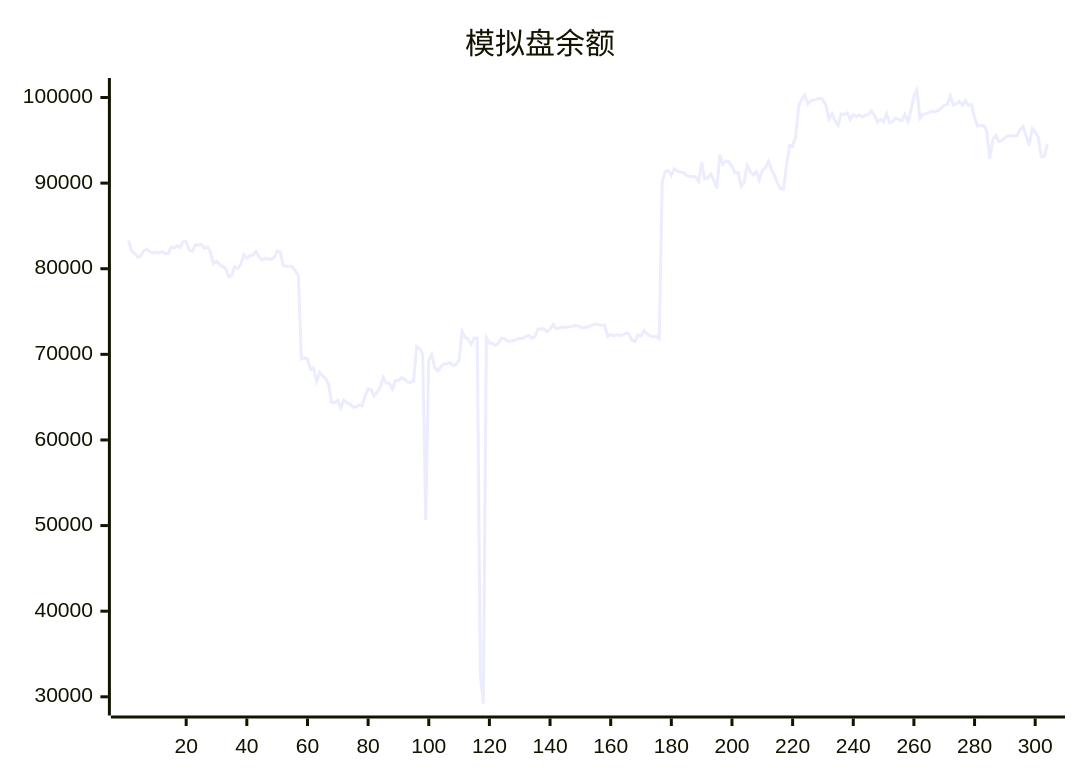
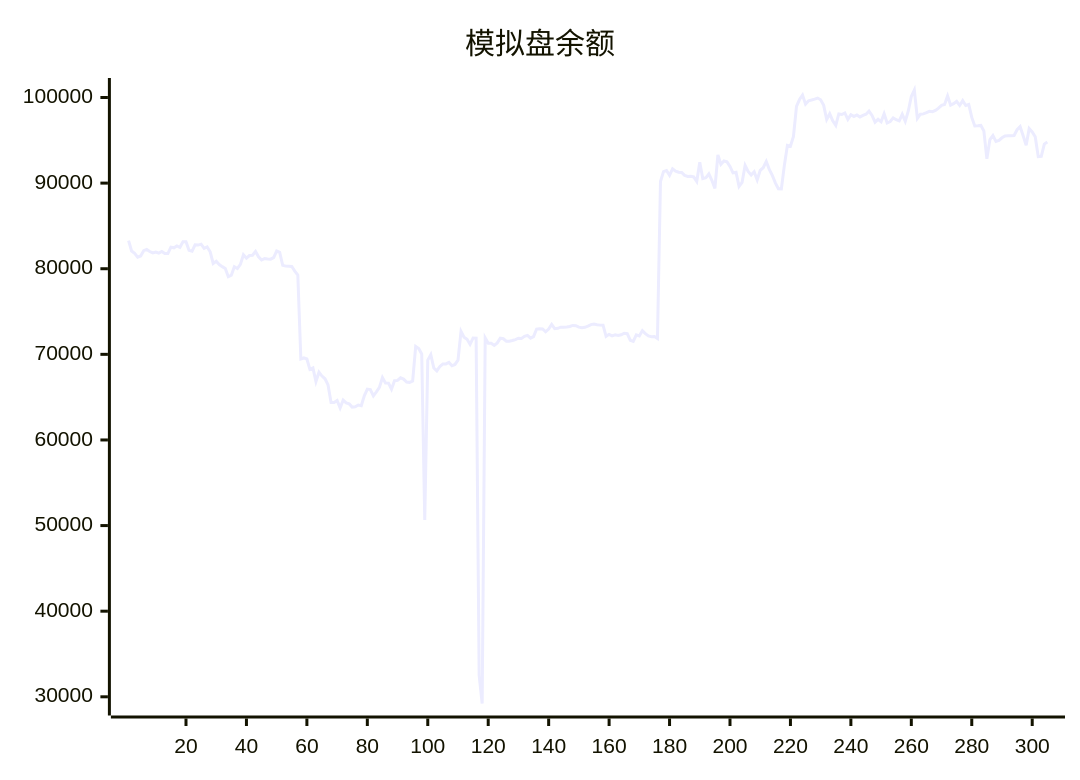
The diagram in README.md (aahl/ai-trading), drawn with Mermaid before and after one commit. The commit also changed other lines of this file and 1 other file, not shown here.

````diff
--- a/README.md
+++ b/README.md
@@ -5,5 +5,5 @@
 ```mermaid
 xychart
     title "模拟盘余额"
-    line [83275,82072,81806,81344,81492,82109,82254,82006,81848,81955,81829,82022,81769,81776,82522,82441,82656,82498,83144,83144,82150,82038,82797,82763,82872,82367,82536,81981,80612,80862,80484,80242,80034,79063,79245,80226,80016,80507,81625,81233,81544,81578,82016,81401,81019,81186,81130,81118,81306,82066,81909,80392,80304,80291,80258,79729,79261,69466,69579,69456,68251,68415,66832,67911,67462,67144,66432,64380,64375,64606,63740,64647,64324,64216,63842,63877,64078,64008,65156,65945,65888,65157,65625,66144,67284,66653,66639,65924,66925,66956,67263,67108,66766,66729,66886,70927,70673,70049,50652,69334,69973,68400,68061,68578,68876,68879,69055,68662,68822,69329,72687,71999,71760,71162,71911,71896,32500,29218,71927,71297,71305,71044,71337,71883,71822,71536,71536,71622,71723,71880,71860,72100,72216,71887,72077,72940,72976,72966,72638,72948,73497,73004,73041,73173,73160,73186,73258,73375,73351,73173,73098,73161,73305,73474,73536,73457,73413,73412,72100,72333,72164,72272,72204,72285,72461,72421,71652,71521,72267,72157,72774,72424,72144,72060,72091,71858,90185,91338,91466,90900,91678,91404,91268,91244,90903,90779,90787,90721,90187,92429,90518,90619,91070,90328,89376,93286,92202,92581,92485,91947,91196,91259,89619,90086,92063,91355,90950,91327,90373,91498,91800,92531,91603,90910,90031,89351,89334,92097,94406,94315,95455,98972,99763,100286,99229,99622,99701,99805,99938,99738,99082,97430,98094,97267,96741,98081,98013,98194,97447,97983,97789,97969,97729,97911,98043,98405,97912,97120,97448,97154,98095,97021,97190,97616,97402,97263,98035,97210,98424,100120,100876,97552,98049,98085,98228,98388,98342,98488,98750,99086,99181,100188,99107,99272,99553,99072,99636,99061,99186,97674,96679,96704,96743,96096,92830,95088,95560,94866,94995,95295,95497,95531,95527,95559,96236,96597,95538,94422,96363,95972,95418,93094,93128,94558]
+    line [83275,82072,81806,81344,81492,82109,82254,82006,81848,81955,81829,82022,81769,81776,82522,82441,82656,82498,83144,83144,82150,82038,82797,82763,82872,82367,82536,81981,80612,80862,80484,80242,80034,79063,79245,80226,80016,80507,81625,81233,81544,81578,82016,81401,81019,81186,81130,81118,81306,82066,81909,80392,80304,80291,80258,79729,79261,69466,69579,69456,68251,68415,66832,67911,67462,67144,66432,64380,64375,64606,63740,64647,64324,64216,63842,63877,64078,64008,65156,65945,65888,65157,65625,66144,67284,66653,66639,65924,66925,66956,67263,67108,66766,66729,66886,70927,70673,70049,50652,69334,69973,68400,68061,68578,68876,68879,69055,68662,68822,69329,72687,71999,71760,71162,71911,71896,32500,29218,71927,71297,71305,71044,71337,71883,71822,71536,71536,71622,71723,71880,71860,72100,72216,71887,72077,72940,72976,72966,72638,72948,73497,73004,73041,73173,73160,73186,73258,73375,73351,73173,73098,73161,73305,73474,73536,73457,73413,73412,72100,72333,72164,72272,72204,72285,72461,72421,71652,71521,72267,72157,72774,72424,72144,72060,72091,71858,90185,91338,91466,90900,91678,91404,91268,91244,90903,90779,90787,90721,90187,92429,90518,90619,91070,90328,89376,93286,92202,92581,92485,91947,91196,91259,89619,90086,92063,91355,90950,91327,90373,91498,91800,92531,91603,90910,90031,89351,89334,92097,94406,94315,95455,98972,99763,100286,99229,99622,99701,99805,99938,99738,99082,97430,98094,97267,96741,98081,98013,98194,97447,97983,97789,97969,97729,97911,98043,98405,97912,97120,97448,97154,98095,97021,97190,97616,97402,97263,98035,97210,98424,100120,100876,97552,98049,98085,98228,98388,98342,98488,98750,99086,99181,100188,99107,99272,99553,99072,99636,99061,99186,97674,96679,96704,96743,96096,92830,95088,95560,94866,94995,95295,95497,95531,95527,95559,96236,96597,95538,94422,96363,95972,95418,93094,93128,94558,94795]
 ```
````
